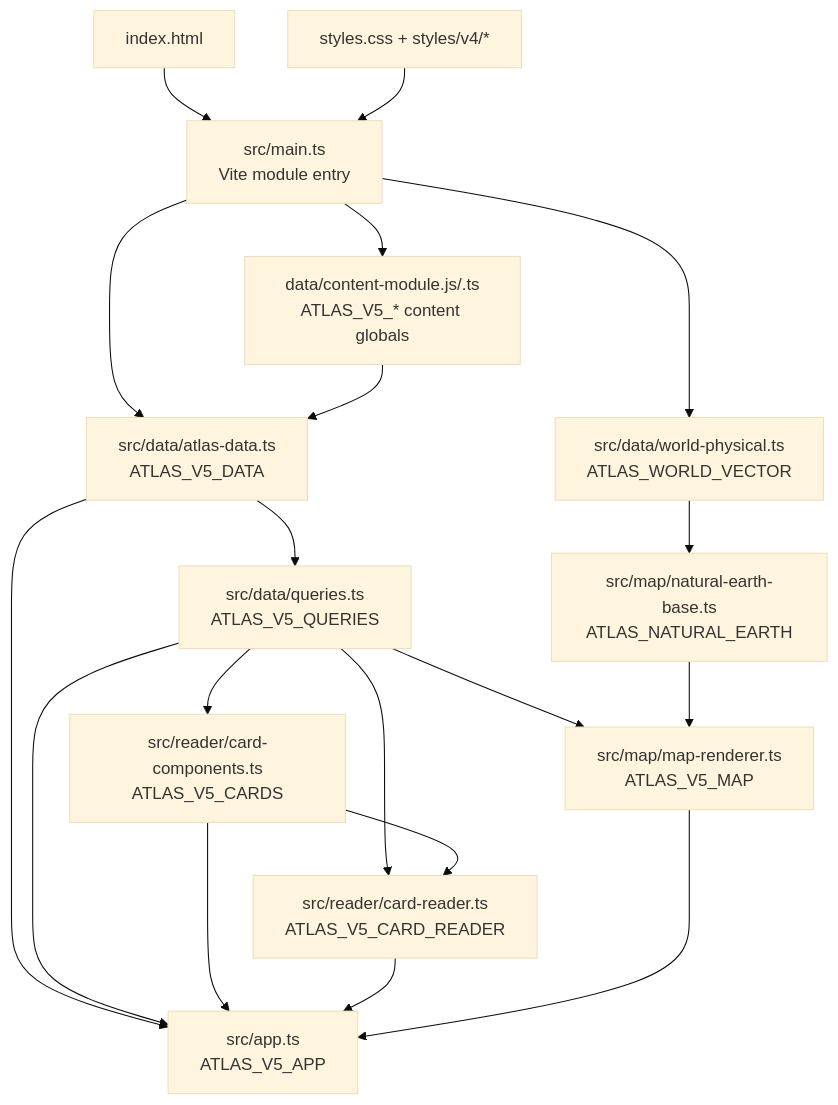
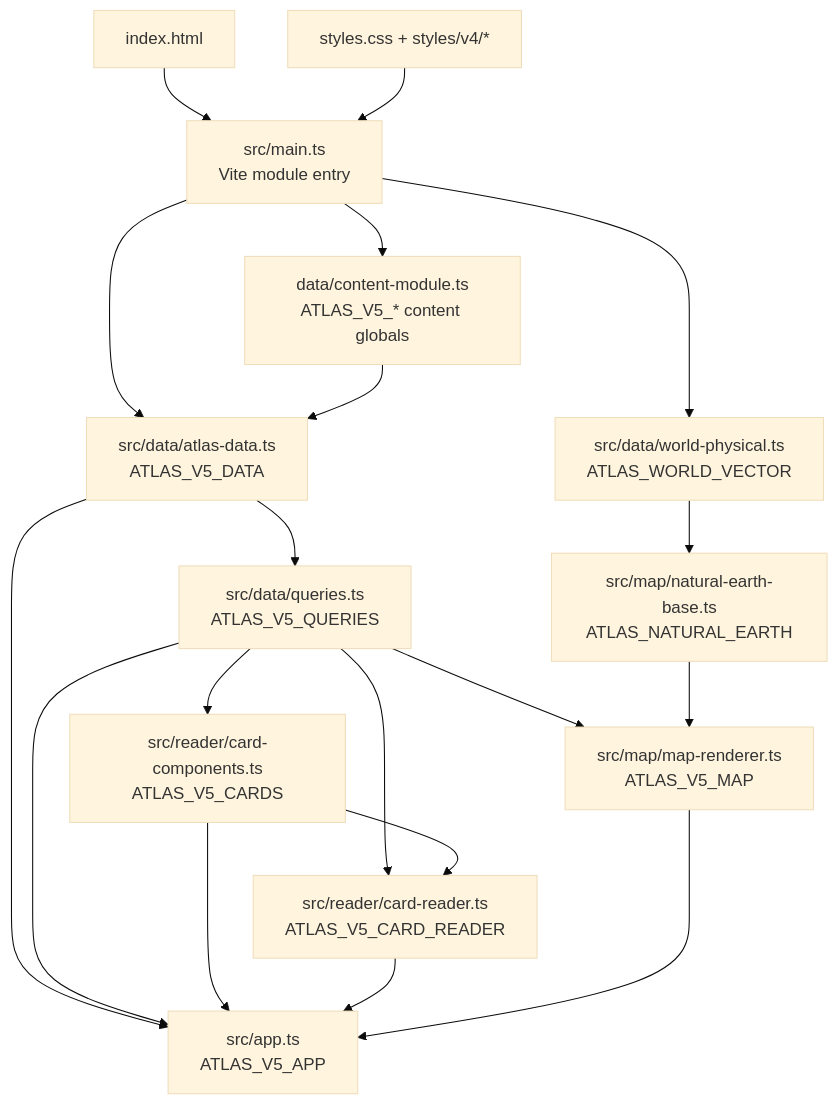
One commit to jiaxun-li/civilization-wander changed the first of 4 diagrams in docs/ARCHITECTURE_AND_DATA_MODEL.md. Above: the diagram before and after it, drawn with Mermaid (base theme). The commit also changed other lines of this file and 6 other files, not shown here.

````diff
--- a/docs/ARCHITECTURE_AND_DATA_MODEL.md
+++ b/docs/ARCHITECTURE_AND_DATA_MODEL.md
@@ -35,21 +35,21 @@
 ```mermaid
 flowchart TD
     HTML["index.html"] --> ENTRY["src/main.ts\nVite module entry"]
     ENTRY --> WP["src/data/world-physical.ts\nATLAS_WORLD_VECTOR"]
-    ENTRY --> CM["data/content-module.js/.ts\nATLAS_V5_* content globals"]
+    ENTRY --> CM["data/content-module.ts\nATLAS_V5_* content globals"]
     ENTRY --> D["src/data/atlas-data.ts\nATLAS_V5_DATA"]
     CM --> D
     D --> Q["src/data/queries.ts\nATLAS_V5_QUERIES"]
     Q --> C["src/reader/card-components.ts\nATLAS_V5_CARDS"]
     Q --> R["src/reader/card-reader.ts\nATLAS_V5_CARD_READER"]
     C --> R
     WP --> B["src/map/natural-earth-base.ts\nATLAS_NATURAL_EARTH"]
     Q --> M["src/map/map-renderer.ts\nATLAS_V5_MAP"]
     B --> M
     D --> A["src/app.ts\nATLAS_V5_APP"]
     Q --> A
     C --> A
     R --> A
     M --> A
     CSS["styles.css + styles/v4/*"] --> ENTRY
 ```
````
